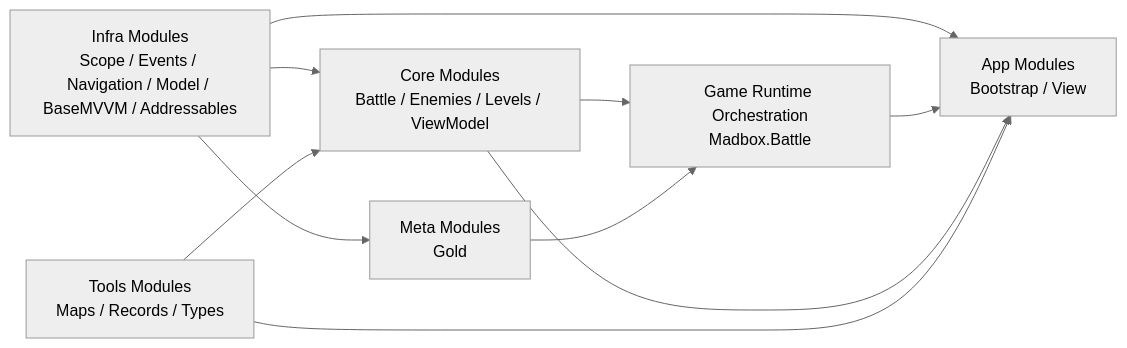
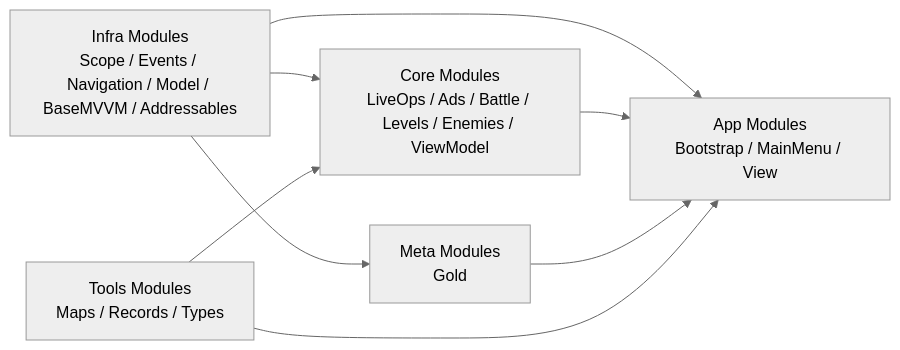
Before and after one commit to MgCohen/Madbox: the second of 5 diagrams in Architecture.md, drawn with Mermaid (neutral theme). The commit also changed other lines of this file and 689 other files, not shown here.

First line of the commit message:
Refactor battle loop, bootstrap layers, and LiveOps game-module plumbing.

````diff
--- a/Architecture.md
+++ b/Architecture.md
@@ -80,19 +80,16 @@
 ```mermaid
 flowchart LR
     Infra[Infra Modules<br/>Scope / Events / Navigation / Model / BaseMVVM / Addressables]
-    Core[Core Modules<br/>Battle / Enemies / Levels / ViewModel]
+    Core[Core Modules<br/>LiveOps / Ads / Battle / Levels / Enemies / ViewModel]
     Meta[Meta Modules<br/>Gold]
-    Game[Game Runtime Orchestration<br/>Madbox.Battle]
-    App[App Modules<br/>Bootstrap / View]
+    App[App Modules<br/>Bootstrap / MainMenu / View]
     Tools[Tools Modules<br/>Maps / Records / Types]
 
     Infra --> Core
     Infra --> Meta
     Infra --> App
-    Core --> Game
-    Meta --> Game
-    Game --> App
     Core --> App
+    Meta --> App
     Tools --> Core
     Tools --> App
 ```
````
